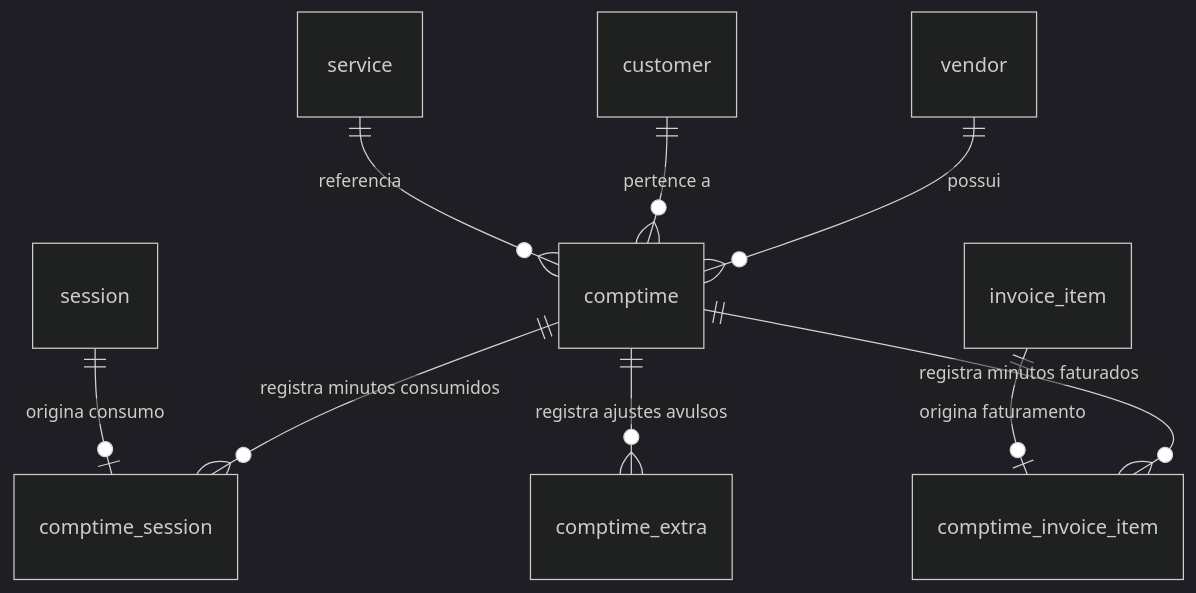
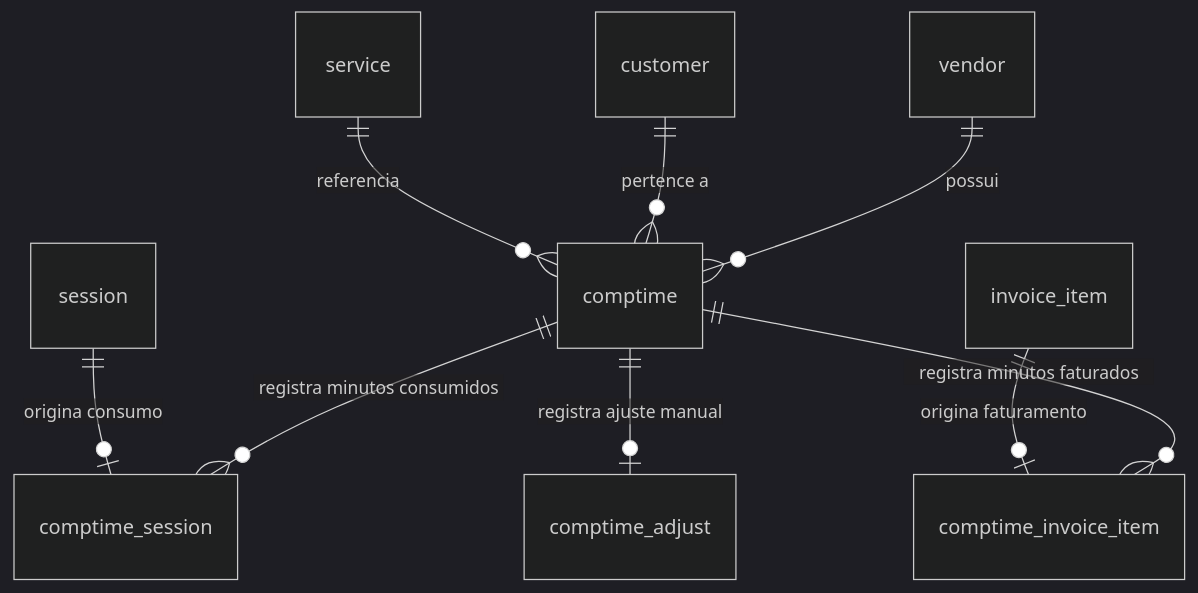
The first of 2 diagrams in planner/docs/arquitetura_banco_horas.md (lavinas/ephemeris), drawn with Mermaid (dark theme) before and after one commit. The commit also changed other lines of this file and 20 other files, not shown here.

````diff
--- a/planner/docs/arquitetura_banco_horas.md
+++ b/planner/docs/arquitetura_banco_horas.md
@@ -28,13 +28,13 @@
 ```mermaid
 erDiagram
     vendor ||--o{ comptime : "possui"
     customer ||--o{ comptime : "pertence a"
     service ||--o{ comptime : "referencia"
     
     comptime ||--o{ comptime_session : "registra minutos consumidos"
     comptime ||--o{ comptime_invoice_item : "registra minutos faturados"
-    comptime ||--o{ comptime_extra : "registra ajustes avulsos"
+    comptime ||--o| comptime_adjust : "registra ajuste manual"
 
     session ||--o| comptime_session : "origina consumo"
     invoice_item ||--o| comptime_invoice_item : "origina faturamento"
 ```
````
